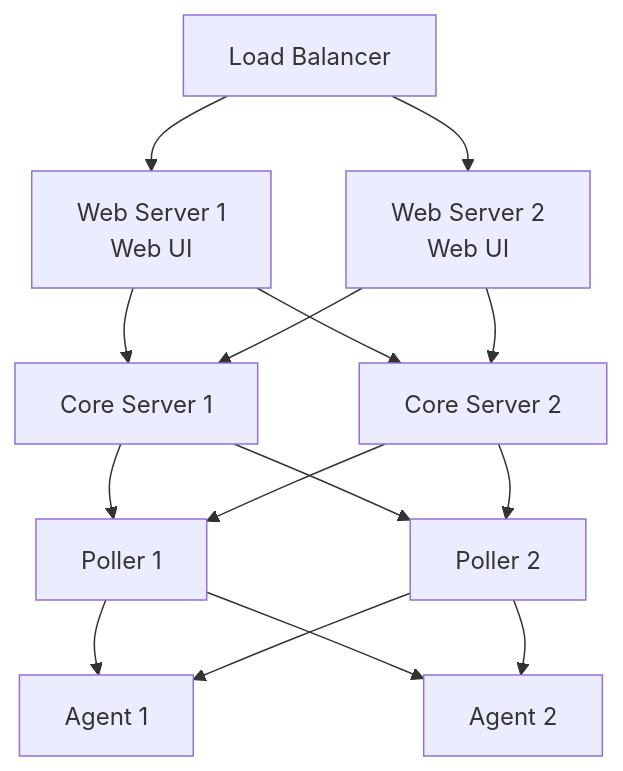
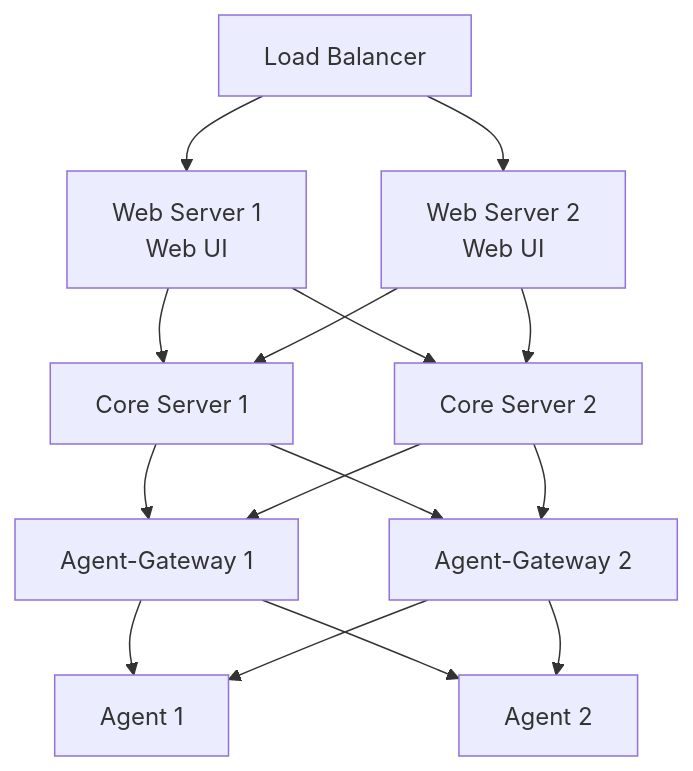
Before and after one commit to carverauto/serviceradar: the seventh of 7 diagrams in docs/docs/architecture.md, drawn with Mermaid. The commit also changed other lines of this file and 287 other files, not shown here.

````diff
--- a/docs/docs/architecture.md
+++ b/docs/docs/architecture.md
@@ -352,17 +374,17 @@
 ```mermaid
 graph TD
     LB[Load Balancer] --> WebServer1[Web Server 1<br/>Web UI]
     LB --> WebServer2[Web Server 2<br/>Web UI]
     WebServer1 --> CoreServer1[Core Server 1]
     WebServer2 --> CoreServer1
     WebServer1 --> CoreServer2[Core Server 2]
     WebServer2 --> CoreServer2
-    CoreServer1 --> Poller1[Poller 1]
-    CoreServer2 --> Poller1
-    CoreServer1 --> Poller2[Poller 2]
-    CoreServer2 --> Poller2
-    Poller1 --> Agent1[Agent 1]
-    Poller1 --> Agent2[Agent 2]
-    Poller2 --> Agent1
-    Poller2 --> Agent2
+    CoreServer1 --> Gateway1[Agent-Gateway 1]
+    CoreServer2 --> Gateway1
+    CoreServer1 --> Gateway2[Agent-Gateway 2]
+    CoreServer2 --> Gateway2
+    Gateway1 --> Agent1[Agent 1]
+    Gateway1 --> Agent2[Agent 2]
+    Gateway2 --> Agent1
+    Gateway2 --> Agent2
 ```
````
